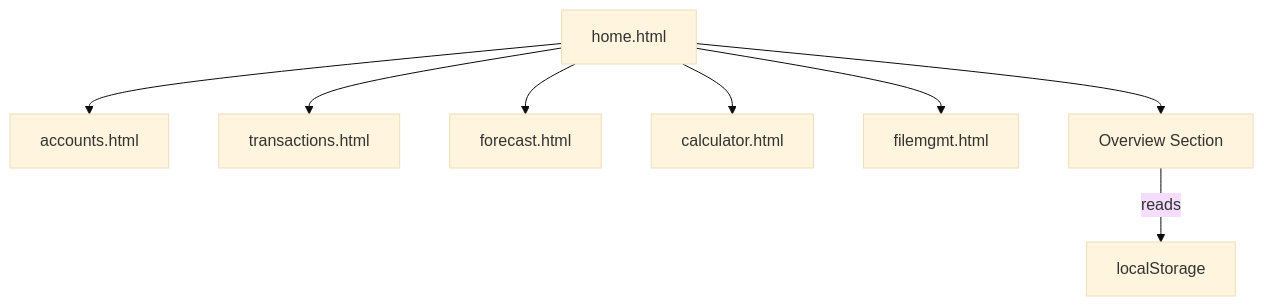
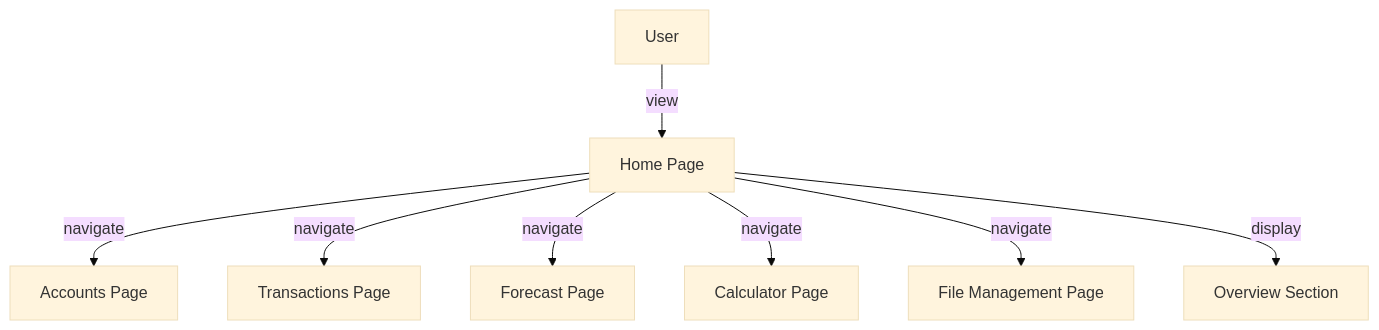
Before and after one commit to BicycleJeanre/ftrack: the first of 2 diagrams in Documentation/home.md, drawn with Mermaid (base theme). The commit also changed other lines of this file and 19 other files, not shown here.

````diff
--- a/Documentation/home.md
+++ b/Documentation/home.md
@@ -17,10 +23,10 @@
 ```mermaid
 flowchart TD
-  Home[home.html] --> Accounts[accounts.html]
-  Home --> Transactions[transactions.html]
-  Home --> Forecast[forecast.html]
-  Home --> Calculator[calculator.html]
-  Home --> FileMgmt[filemgmt.html]
-  Home --> Overview[Overview Section]
-  Overview -->|reads| localStorage
+  User[User] -->|view| HomePage[Home Page]
+  HomePage -->|navigate| Accounts[Accounts Page]
+  HomePage -->|navigate| Transactions[Transactions Page]
+  HomePage -->|navigate| Forecast[Forecast Page]
+  HomePage -->|navigate| Calculator[Calculator Page]
+  HomePage -->|navigate| FileMgmt[File Management Page]
+  HomePage -->|display| Overview[Overview Section]
 ```
````
